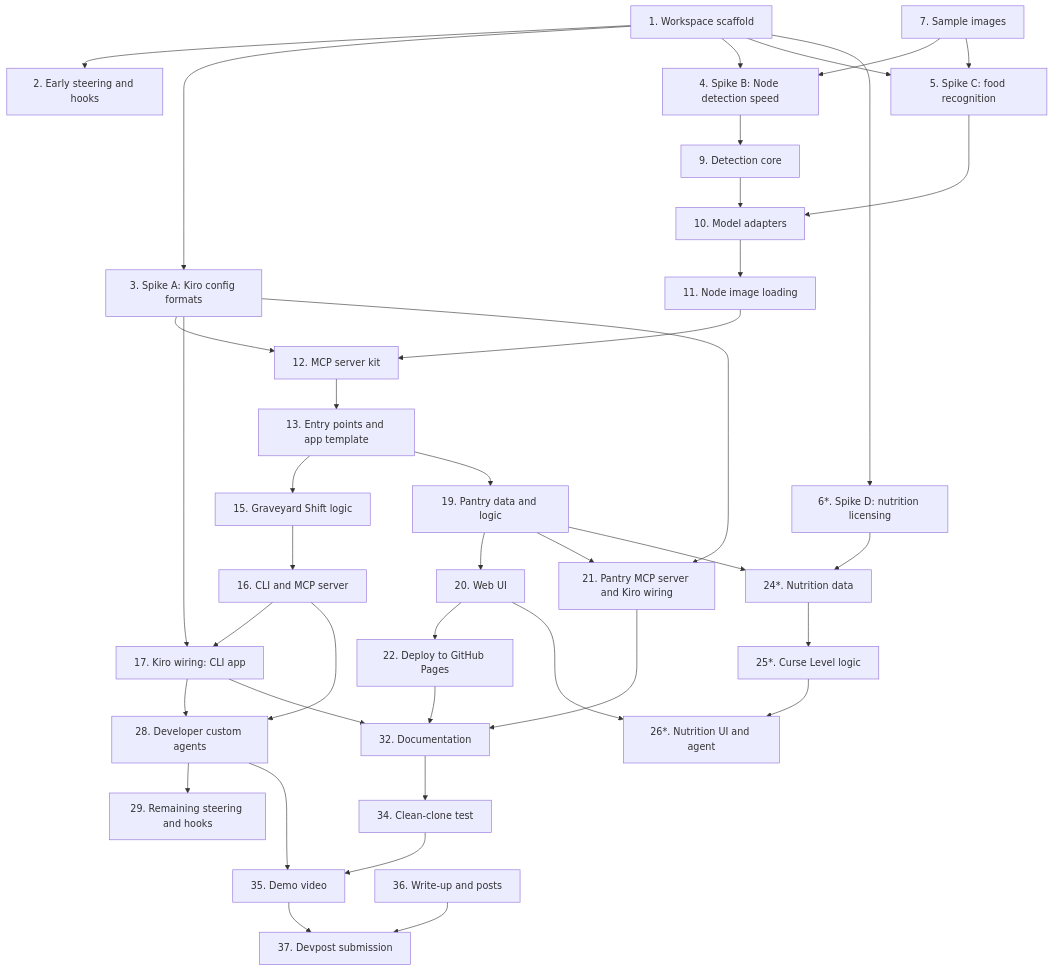
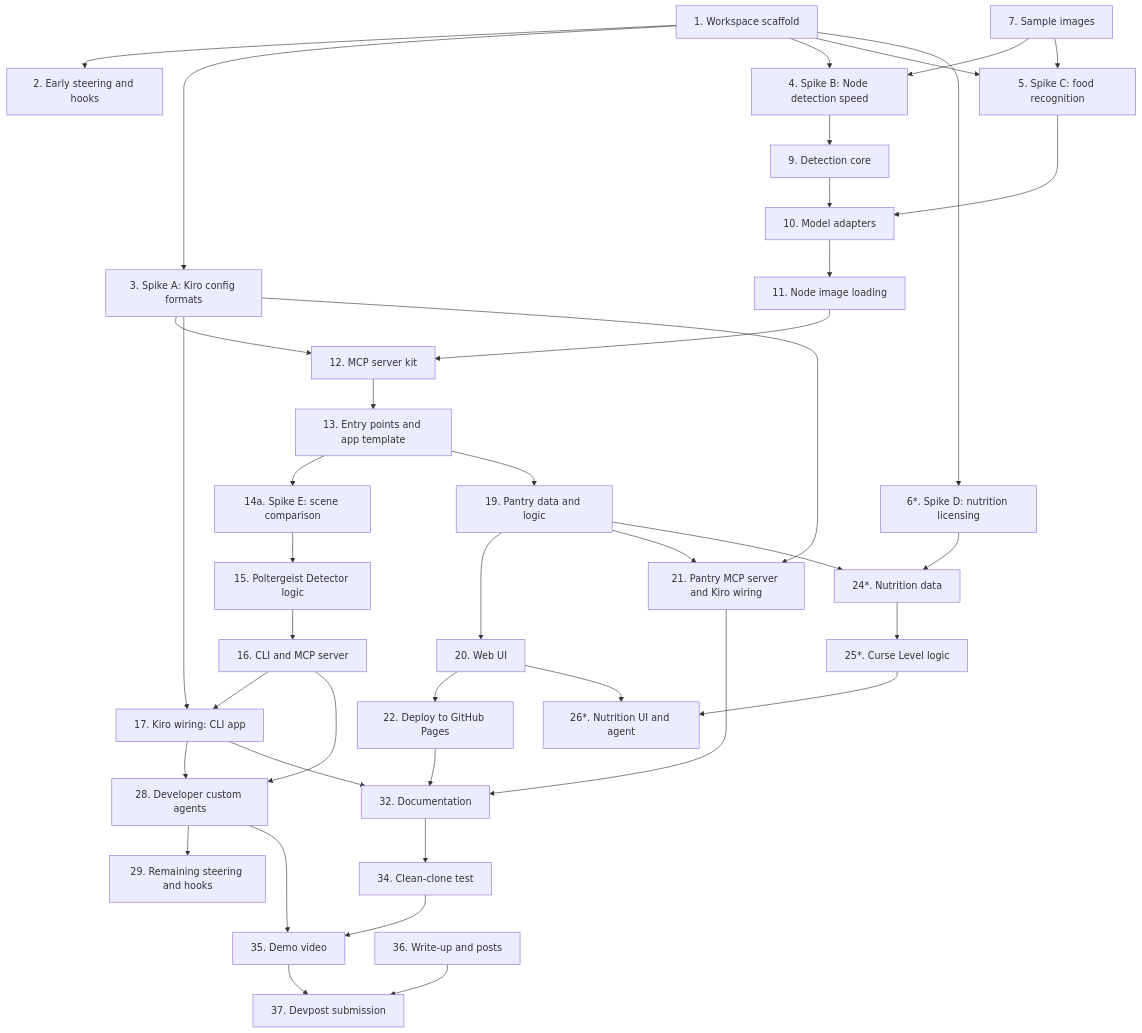
The diagram in .kiro/specs/skeleton-crew/tasks.md (denise-playground/kiroween-skeleton-crew), drawn with Mermaid before and after one commit. The commit also changed other lines of this file and 14 other files, not shown here.

````diff
--- a/.kiro/specs/skeleton-crew/tasks.md
+++ b/.kiro/specs/skeleton-crew/tasks.md
@@ -282,48 +289,49 @@
 ```mermaid
 flowchart TD
     T1[1. Workspace scaffold] --> T2[2. Early steering and hooks]
     T1 --> T3[3. Spike A: Kiro config formats]
     T1 --> T4[4. Spike B: Node detection speed]
     T1 --> T5[5. Spike C: food recognition]
     T1 --> T6[6*. Spike D: nutrition licensing]
     T7[7. Sample images] --> T4
     T7 --> T5
 
     T4 --> T9[9. Detection core]
     T9 --> T10[10. Model adapters]
     T5 --> T10
     T10 --> T11[11. Node image loading]
     T11 --> T12[12. MCP server kit]
     T3 --> T12
     T12 --> T13[13. Entry points and app template]
 
-    T13 --> T15[15. Graveyard Shift logic]
+    T13 --> T14a[14a. Spike E: scene comparison]
+    T14a --> T15[15. Poltergeist Detector logic]
     T15 --> T16[16. CLI and MCP server]
     T16 --> T17[17. Kiro wiring: CLI app]
     T3 --> T17
 
     T13 --> T19[19. Pantry data and logic]
     T19 --> T20[20. Web UI]
     T19 --> T21[21. Pantry MCP server and Kiro wiring]
     T3 --> T21
     T20 --> T22[22. Deploy to GitHub Pages]
 
     T19 --> T24[24*. Nutrition data]
     T6 --> T24
     T24 --> T25[25*. Curse Level logic]
     T25 --> T26[26*. Nutrition UI and agent]
     T20 --> T26
 
     T16 --> T28[28. Developer custom agents]
     T17 --> T28
     T28 --> T29[29. Remaining steering and hooks]
 
     T22 --> T32[32. Documentation]
     T17 --> T32
     T21 --> T32
     T32 --> T34[34. Clean-clone test]
     T28 --> T35[35. Demo video]
     T34 --> T35
     T35 --> T37[37. Devpost submission]
     T36[36. Write-up and posts] --> T37
 ```
````
